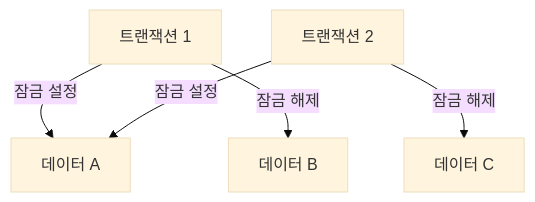
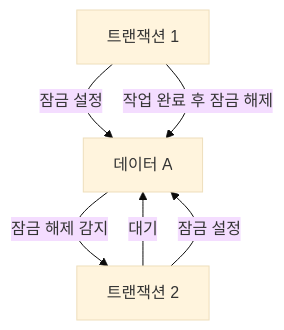
One commit to 42jerrykim/42jerrykim.github.io changed the fourth of 14 diagrams in content/collection/computerterms/aicd/index.md. Above: the diagram before and after it, drawn with Mermaid (base theme). The commit also changed other lines of this file and 33 other files, not shown here.

````diff
--- a/content/collection/computerterms/aicd/index.md
+++ b/content/collection/computerterms/aicd/index.md
@@ -286,7 +183,8 @@
 ```mermaid
 graph TD;
     A[트랜잭션 1] -->|잠금 설정| B[데이터 A]
-    A -->|잠금 해제| C[데이터 B]
-    D[트랜잭션 2] -->|잠금 설정| B
-    D -->|잠금 해제| E[데이터 C]
+    D[트랜잭션 2] -->|대기| B
+    A -->|작업 완료 후 잠금 해제| B
+    B -->|잠금 해제 감지| D
+    D -->|잠금 설정| B
 ```
````
